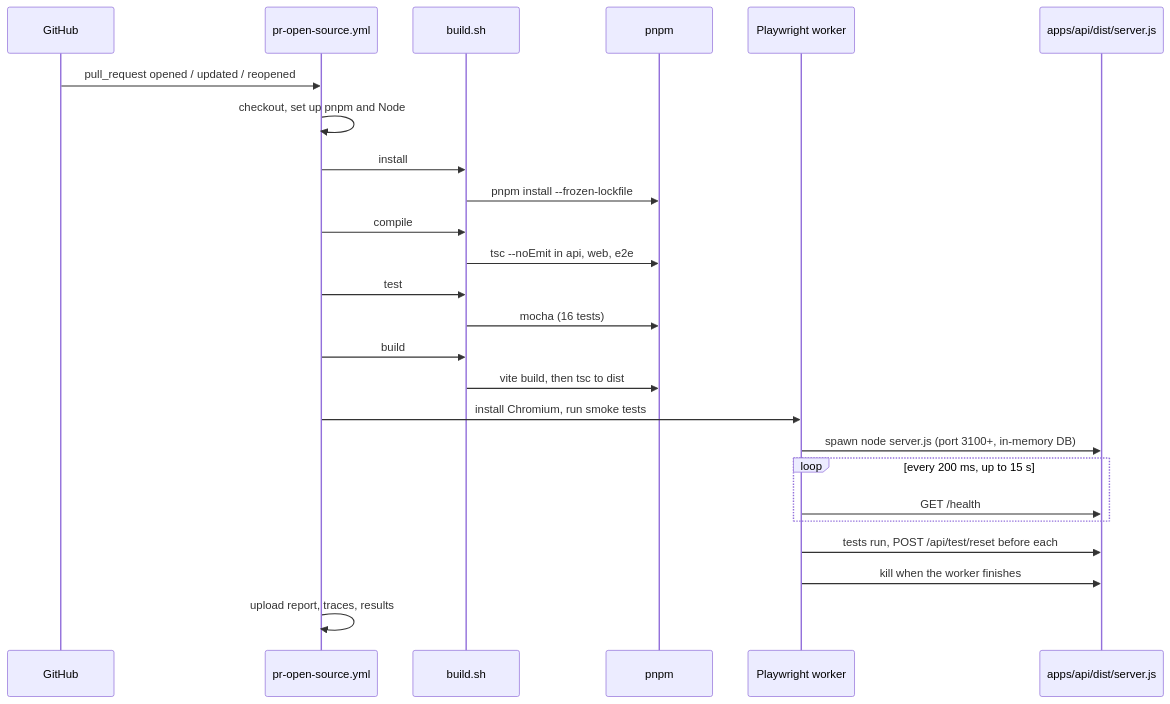
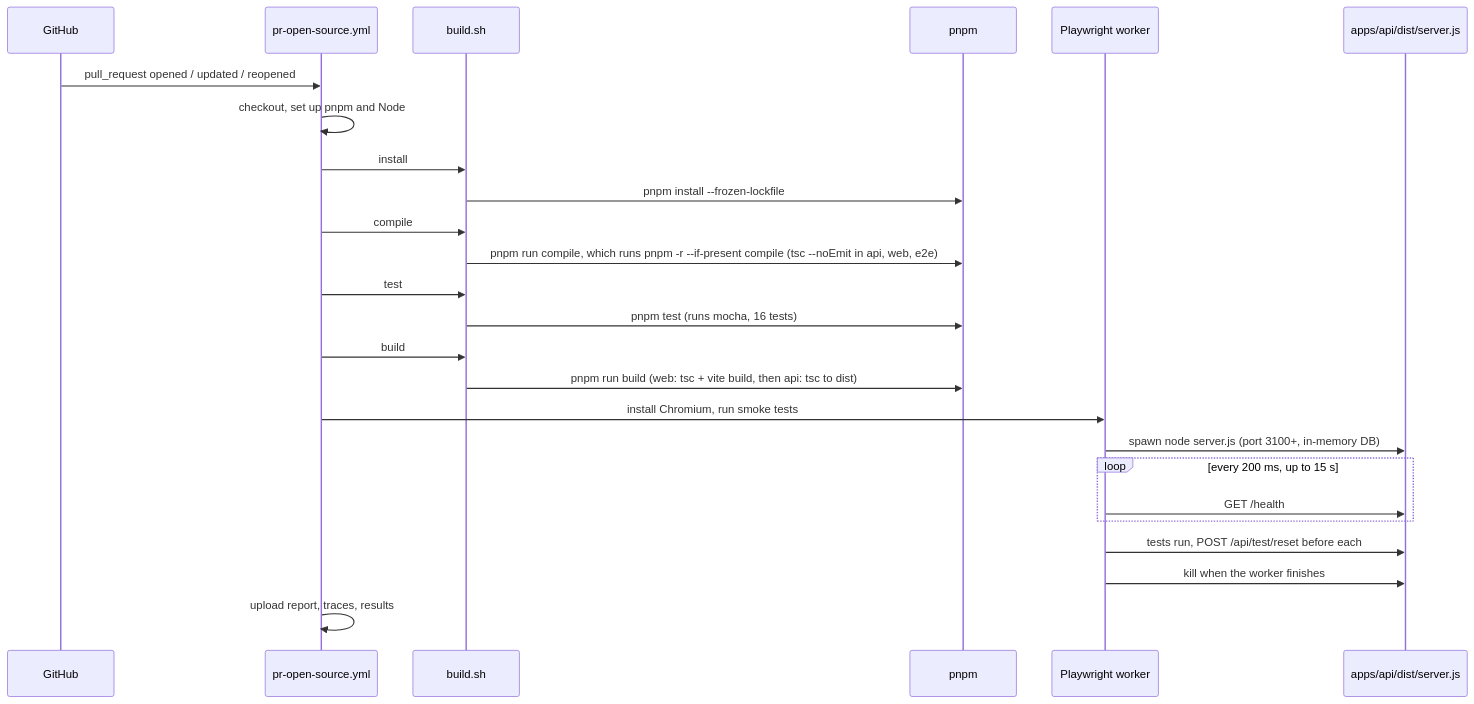
One commit to davidlescard/qp-pr-open-e2e-playwright changed the diagram in VERBOSE.pr-open-source.md. Above: the diagram before and after it, drawn with Mermaid. The commit also changed 1 other file, not shown here.

Commit message:
readmes added for transparency of approach

````diff
--- a/VERBOSE.pr-open-source.md
+++ b/VERBOSE.pr-open-source.md
@@ -9,28 +9,28 @@
 ```mermaid
 sequenceDiagram
     participant GH as GitHub
     participant WF as pr-open-source.yml
     participant SH as build.sh
     participant PN as pnpm
     participant PW as Playwright worker
     participant APP as apps/api/dist/server.js
 
     GH->>WF: pull_request opened / updated / reopened
     WF->>WF: checkout, set up pnpm and Node
     WF->>SH: install
     SH->>PN: pnpm install --frozen-lockfile
     WF->>SH: compile
-    SH->>PN: tsc --noEmit in api, web, e2e
+    SH->>PN: pnpm run compile, which runs pnpm -r --if-present compile (tsc --noEmit in api, web, e2e)
     WF->>SH: test
-    SH->>PN: mocha (16 tests)
+    SH->>PN: pnpm test (runs mocha, 16 tests)
     WF->>SH: build
-    SH->>PN: vite build, then tsc to dist
+    SH->>PN: pnpm run build (web: tsc + vite build, then api: tsc to dist)
     WF->>PW: install Chromium, run smoke tests
     PW->>APP: spawn node server.js (port 3100+, in-memory DB)
     loop every 200 ms, up to 15 s
         PW->>APP: GET /health
     end
     PW->>APP: tests run, POST /api/test/reset before each
     PW->>APP: kill when the worker finishes
     WF->>WF: upload report, traces, results
 ```
````
